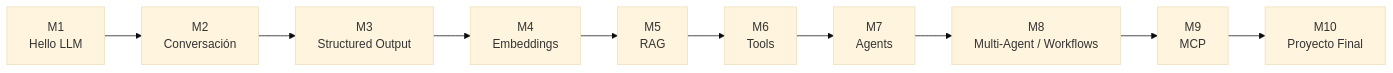
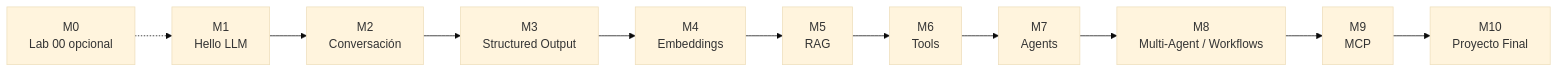
Before and after one commit to danielcalvindeveloper/dac-learning-ai-dotnet: the ninth of 9 diagrams in ROADMAP.md, drawn with Mermaid (base theme). The commit also changed other lines of this file and 24 other files, not shown here.

````diff
--- a/ROADMAP.md
+++ b/ROADMAP.md
@@ -488,23 +541,25 @@
 ```mermaid
 flowchart LR
+    M0[M0<br/>Lab 00 opcional]
     M1[M1<br/>Hello LLM]
     M2[M2<br/>Conversación]
     M3[M3<br/>Structured Output]
     M4[M4<br/>Embeddings]
     M5[M5<br/>RAG]
     M6[M6<br/>Tools]
     M7[M7<br/>Agents]
     M8[M8<br/>Multi-Agent / Workflows]
     M9[M9<br/>MCP]
     M10[M10<br/>Proyecto Final]
 
+    M0 -.-> M1
     M1 --> M2
     M2 --> M3
     M3 --> M4
     M4 --> M5
     M5 --> M6
     M6 --> M7
     M7 --> M8
     M8 --> M9
     M9 --> M10
 ```
````
